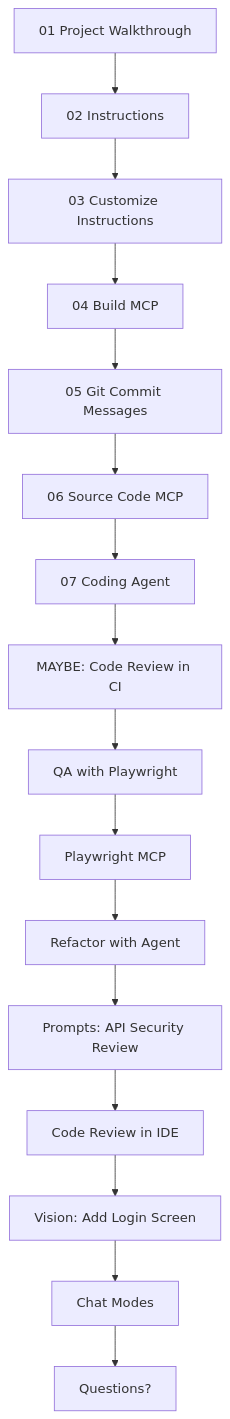
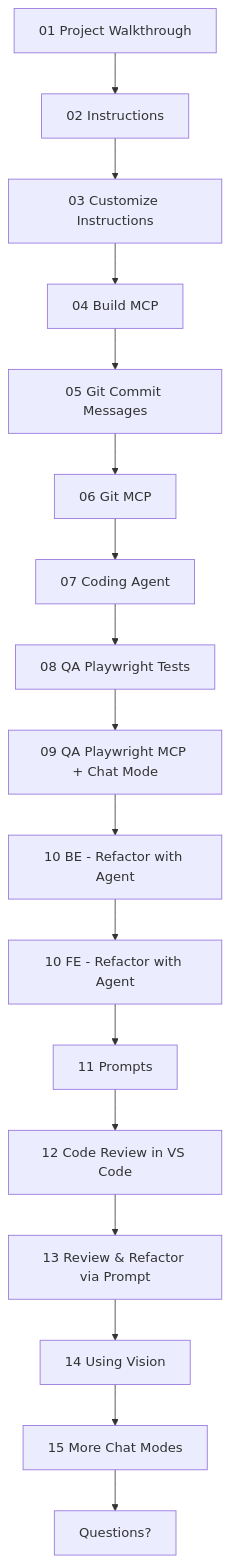
One commit to rdwr-goneng/copilot-ts-workshop-two changed the diagram in .github/DEMOFLOW.md. Above: the diagram before and after it, drawn with Mermaid. The commit also changed other lines of this file and 5 other files, not shown here.

````diff
--- a/.github/DEMOFLOW.md
+++ b/.github/DEMOFLOW.md
@@ -17,18 +3,19 @@
 ```mermaid
 flowchart TD
 	A[01 Project Walkthrough] --> B[02 Instructions]
 	B --> C[03 Customize Instructions]
 	C --> D[04 Build MCP]
 	D --> E[05 Git Commit Messages]
-	E --> F[06 Source Code MCP]
+	E --> F[06 Git MCP]
 	F --> G[07 Coding Agent]
-	G --> H[MAYBE: Code Review in CI]
-	H --> I[QA with Playwright]
-	I --> J[Playwright MCP]
-	J --> K[Refactor with Agent]
-	K --> L[Prompts: API Security Review]
-	L --> M[Code Review in IDE]
-	M --> N[Vision: Add Login Screen]
-	N --> O[Chat Modes]
-	O --> P[Questions?]
+	G --> H[08 QA Playwright Tests]
+	H --> I[09 QA Playwright MCP + Chat Mode]
+	I --> J[10 BE - Refactor with Agent]
+	J --> K[10 FE - Refactor with Agent]
+	K --> L[11 Prompts]
+	L --> M[12 Code Review in VS Code]
+	M --> N[13 Review & Refactor via Prompt]
+	N --> O[14 Using Vision]
+	O --> P[15 More Chat Modes]
+	P --> Q[Questions?]
 ```
````
